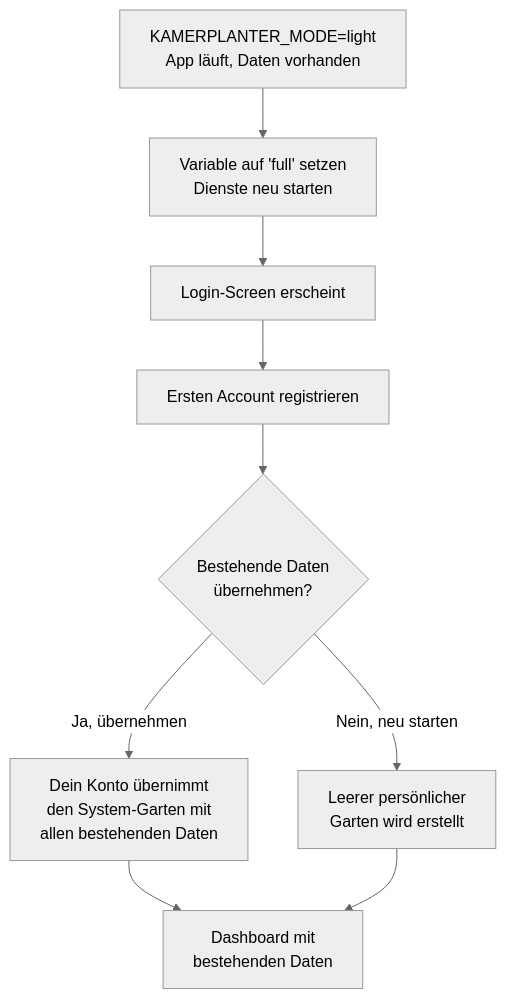
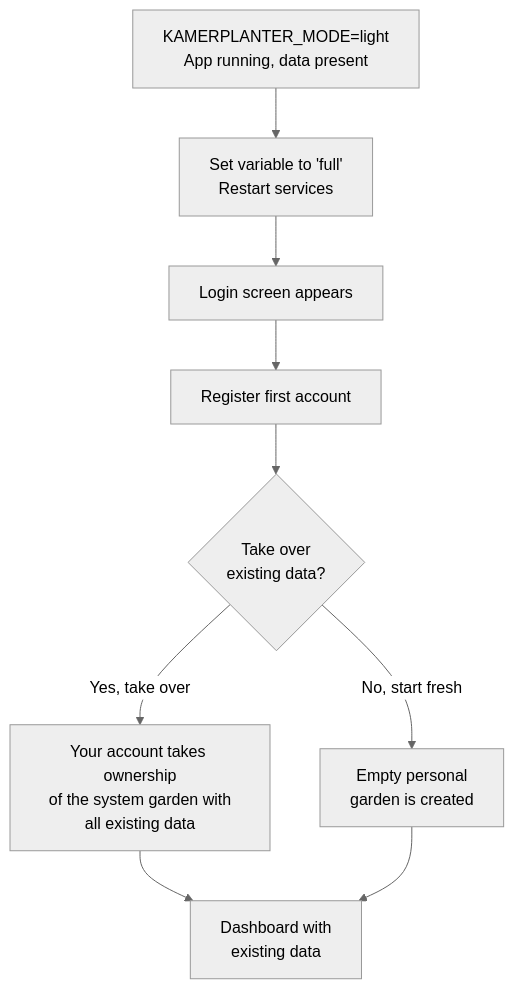
One commit to nolte/kamerplanter changed the diagram in docs/de/user-guide/light-mode.md. Above: the diagram before and after it, drawn with Mermaid (neutral theme). The commit also changed other lines of this file and 44 other files, not shown here.

First line of the commit message:
docs: make all Mermaid diagrams spec-compliant (repo-wide sweep)

````diff
--- a/docs/de/user-guide/light-mode.md
+++ b/docs/de/user-guide/light-mode.md
@@ -87,11 +88,11 @@
 ```mermaid
 flowchart TD
-    A["KAMERPLANTER_MODE=light\nApp läuft, Daten vorhanden"] --> B["Variable auf 'full' setzen\nDienste neu starten"]
-    B --> C["Login-Screen erscheint"]
-    C --> D["Ersten Account registrieren"]
-    D --> E{"Bestehende Daten\nübernehmen?"}
-    E -- "Ja, übernehmen" --> F["Dein Konto übernimmt\nden System-Garten mit\nallen bestehenden Daten"]
-    E -- "Nein, neu starten" --> G["Leerer persönlicher\nGarten wird erstellt"]
-    F --> H["Dashboard mit\nbestehenden Daten"]
+    A["KAMERPLANTER_MODE=light<br/>App running, data present"] --> B["Set variable to 'full'<br/>Restart services"]
+    B --> C["Login screen appears"]
+    C --> D["Register first account"]
+    D --> E{"Take over<br/>existing data?"}
+    E -- "Yes, take over" --> F["Your account takes ownership<br/>of the system garden with<br/>all existing data"]
+    E -- "No, start fresh" --> G["Empty personal<br/>garden is created"]
+    F --> H["Dashboard with<br/>existing data"]
     G --> H
 ```
````
